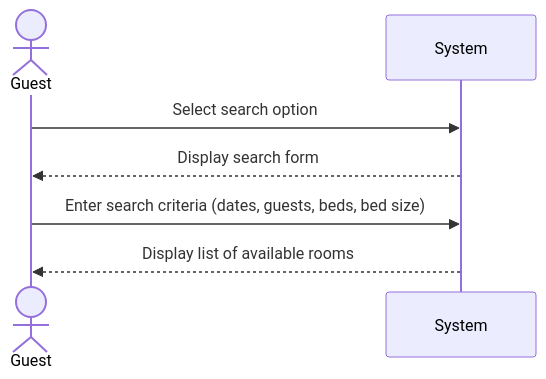
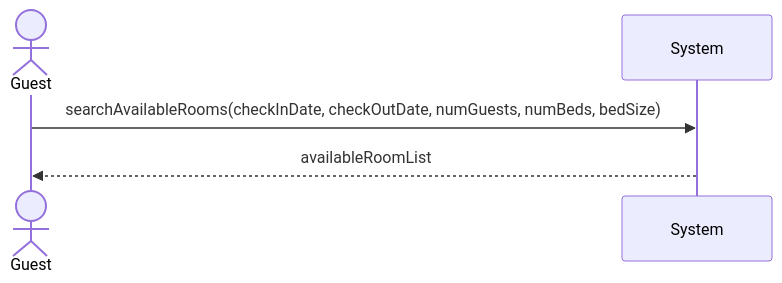
The diagram in Documentation/User-Cases/SearchAvailableRoom.md (JaceYar/Software1-Proj), drawn with Mermaid before and after one commit. The commit also changed 18 other files, not shown here.

````diff
--- a/Documentation/User-Cases/SearchAvailableRoom.md
+++ b/Documentation/User-Cases/SearchAvailableRoom.md
@@ -11,10 +11,8 @@
 ```mermaid
 sequenceDiagram
     actor Guest
     participant System
 
-    Guest->>System: Select search option
-    System-->>Guest: Display search form
-    Guest->>System: Enter search criteria (dates, guests, beds, bed size)
-    System-->>Guest: Display list of available rooms
+    Guest->>System: searchAvailableRooms(checkInDate, checkOutDate, numGuests, numBeds, bedSize)
+    System-->>Guest: availableRoomList
 ```
````
